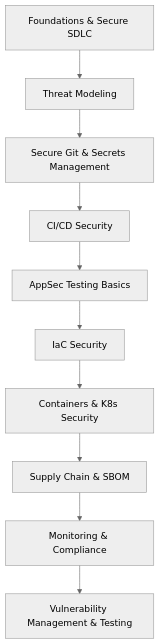
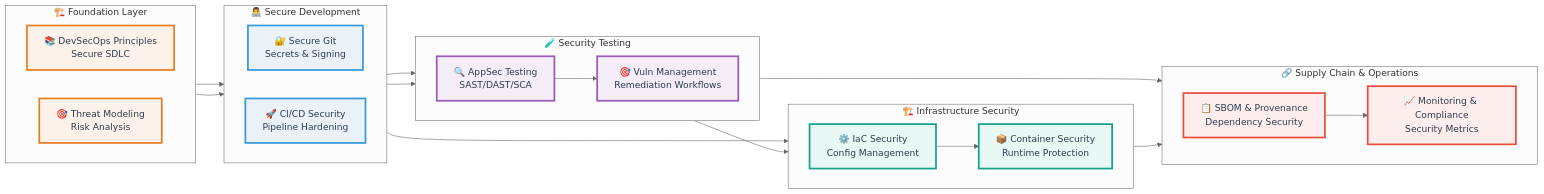
The second of 2 diagrams in README.md (scruffyscarf/F25-DevSecOps-Intro), drawn with Mermaid (neutral theme) before and after one commit. The commit also changed other lines of this file and 5 other files, not shown here.

````diff
--- a/README.md
+++ b/README.md
@@ -36,12 +90,56 @@
 ```mermaid
-flowchart TD
-    A[Foundations & Secure SDLC] --> B[Threat Modeling]
-    B --> C[Secure Git & Secrets Management]
-    C --> D[CI/CD Security]
-    D --> E[AppSec Testing Basics]
-    E --> F[IaC Security]
-    F --> G[Containers & K8s Security]
-    G --> H[Supply Chain & SBOM]
-    H --> I[Monitoring & Compliance]
-    I --> J[Vulnerability Management & Testing]
+flowchart LR
+    subgraph "🔗 Supply Chain & Operations"
+        direction LR
+        H[📋 SBOM & Provenance<br/>Dependency Security]
+        I[📈 Monitoring & Compliance<br/>Security Metrics]
+    end
+    
+    subgraph "🏗️ Infrastructure Security"
+        direction LR
+        F[⚙️ IaC Security<br/>Config Management]
+        G[📦 Container Security<br/>Runtime Protection]
+    end
+    
+    subgraph "🧪 Security Testing"
+        direction LR
+        E[🔍 AppSec Testing<br/>SAST/DAST/SCA]
+        J[🎯 Vuln Management<br/>Remediation Workflows]
+    end
+    
+    subgraph "👨‍💻 Secure Development"
+        direction LR
+        C[🔐 Secure Git<br/>Secrets & Signing]
+        D[🚀 CI/CD Security<br/>Pipeline Hardening]
+    end
+    
+    subgraph "🏗️ Foundation Layer"
+        direction LR
+        A[📚 DevSecOps Principles<br/>Secure SDLC]
+        B[🎯 Threat Modeling<br/>Risk Analysis]
+    end
+    
+    A --> C
+    B --> C
+    C --> E
+    D --> E
+    D --> F
+    E --> F
+    F --> G
+    G --> H
+    H --> I
+    E --> J
+    J --> I
+    
+    classDef foundation fill:#fdf2e9,stroke:#e67e22,stroke-width:3px,color:#2c3e50
+    classDef development fill:#eaf2f8,stroke:#3498db,stroke-width:3px,color:#2c3e50
+    classDef testing fill:#f4ecf7,stroke:#9b59b6,stroke-width:3px,color:#2c3e50
+    classDef infrastructure fill:#e8f8f5,stroke:#16a085,stroke-width:3px,color:#2c3e50
+    classDef operations fill:#fdedec,stroke:#e74c3c,stroke-width:3px,color:#2c3e50
+    
+    class A,B foundation
+    class C,D development
+    class E,J testing
+    class F,G infrastructure
+    class H,I operations
 ```
````
